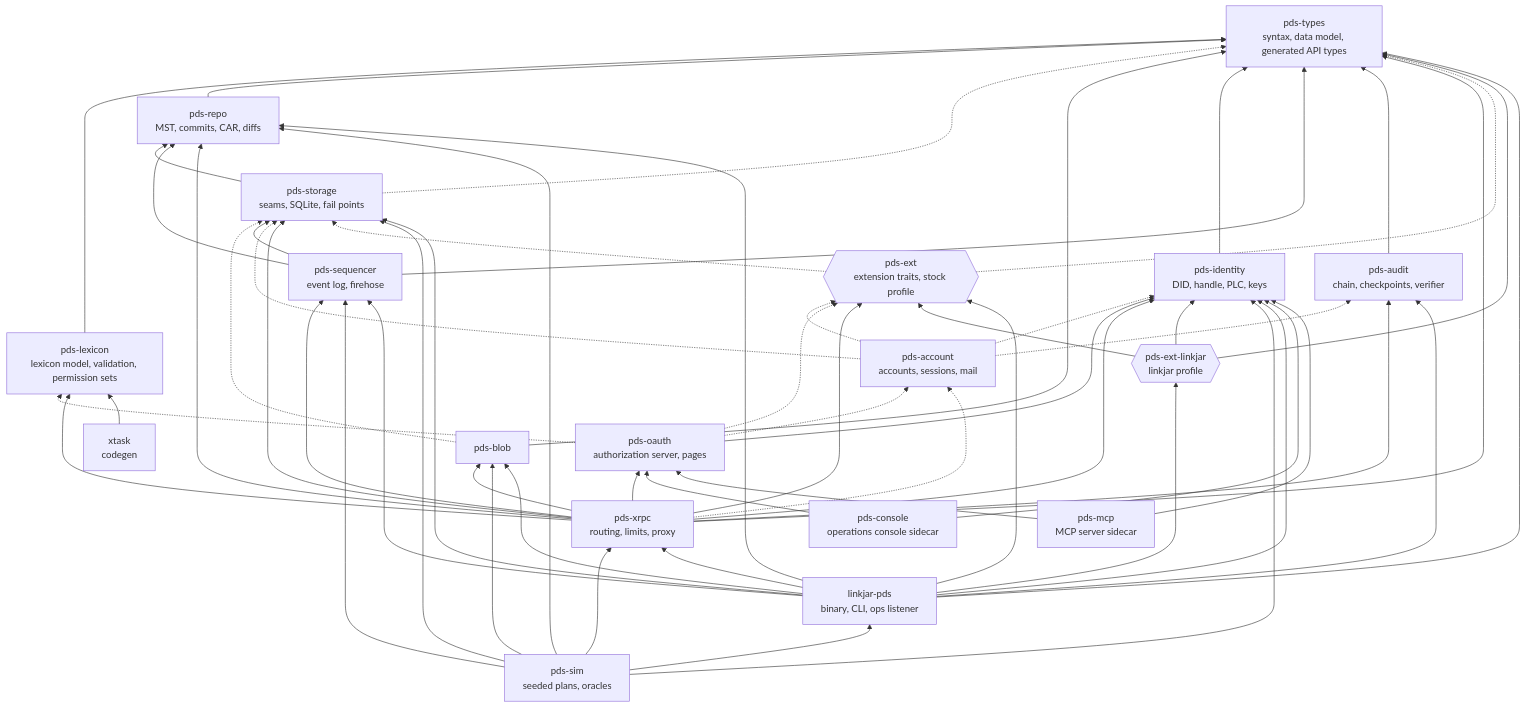
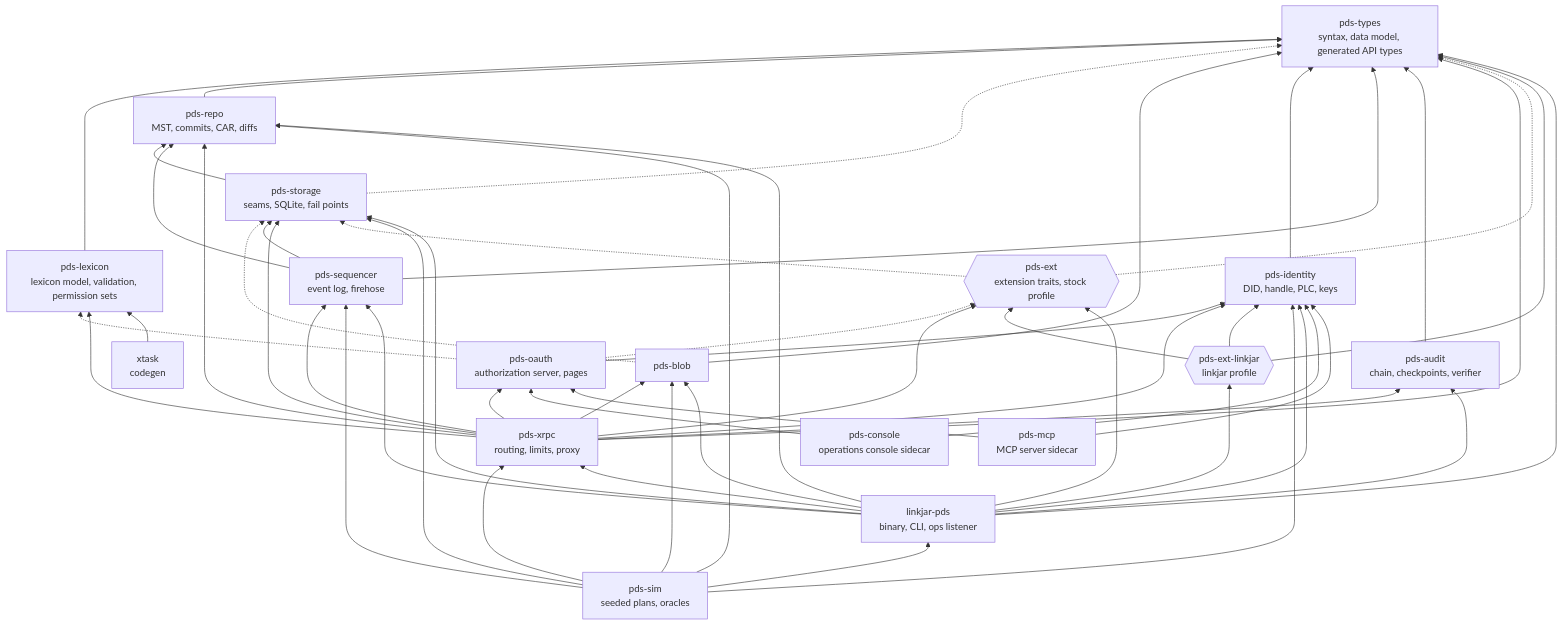
The diagram in docs/architecture/diagrams/03-crates.mmd (linkjar/pds), drawn with Mermaid before and after one commit. The commit also changed 11 other files, not shown here.

First line of the commit message:
Remove the pds-account skeleton

```diff
--- a/docs/architecture/diagrams/03-crates.mmd
+++ b/docs/architecture/diagrams/03-crates.mmd
@@ -1,40 +1,37 @@
 flowchart BT
   types[pds-types<br/>syntax, data model, generated API types]
   lexicon[pds-lexicon<br/>lexicon model, validation, permission sets]
   repo[pds-repo<br/>MST, commits, CAR, diffs]
   storage[pds-storage<br/>seams, SQLite, fail points]
   blob[pds-blob]
   identity[pds-identity<br/>DID, handle, PLC, keys]
   sequencer[pds-sequencer<br/>event log, firehose]
-  account[pds-account<br/>accounts, sessions, mail]
   oauth[pds-oauth<br/>authorization server, pages]
   audit[pds-audit<br/>chain, checkpoints, verifier]
   xrpc[pds-xrpc<br/>routing, limits, proxy]
   ext{{pds-ext<br/>extension traits, stock profile}}
   linkjar{{pds-ext-linkjar<br/>linkjar profile}}
   sim[pds-sim<br/>seeded plans, oracles]
   bin[linkjar-pds<br/>binary, CLI, ops listener]
   xtask[xtask<br/>codegen]
   console[pds-console<br/>operations console sidecar]
   mcp[pds-mcp<br/>MCP server sidecar]
   lexicon --> types
   repo --> types
   storage --> repo
   storage -.-> types
   blob --> types
   blob -.-> storage
   identity --> types
   sequencer --> types & repo & storage
-  account -.-> storage & identity & ext & audit
   oauth --> identity
-  oauth -.-> account & lexicon & ext
+  oauth -.-> lexicon & ext
   audit --> types
   xrpc --> types & repo & storage & identity & blob & lexicon & sequencer & oauth & ext & audit
-  xrpc -.-> account
   ext -.-> types & storage
   linkjar --> ext & identity & types
   sim --> bin & xrpc & storage & sequencer & repo & identity & blob
   bin --> types & xrpc & storage & identity & blob & repo & sequencer & ext & linkjar & audit
   xtask --> lexicon
   console --> identity & oauth
   mcp --> identity & oauth
```
